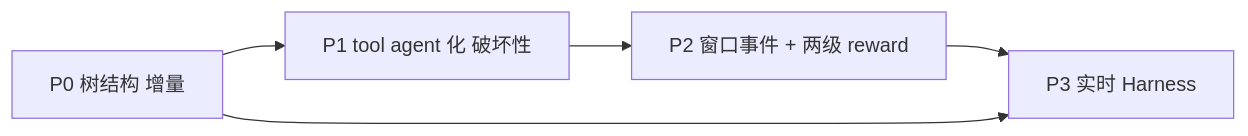
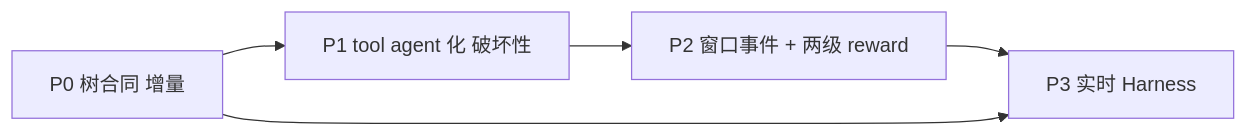
Before and after one commit to trustabl-kathrina/MAS_Science_Infra: the second of 2 diagrams in docs/New_framework_design.md, drawn with Mermaid. The commit also changed other lines of this file and 8 other files, not shown here.

````diff
--- a/docs/New_framework_design.md
+++ b/docs/New_framework_design.md
@@ -436,7 +363,7 @@
 ```mermaid
 flowchart LR
-  P0["P0 树结构 增量"] --> P1["P1 tool agent 化 破坏性"]
+  P0["P0 树合同 增量"] --> P1["P1 tool agent 化 破坏性"]
   P1 --> P2["P2 窗口事件 + 两级 reward"]
   P2 --> P3["P3 实时 Harness"]
   P0 --> P3
 ```
````
